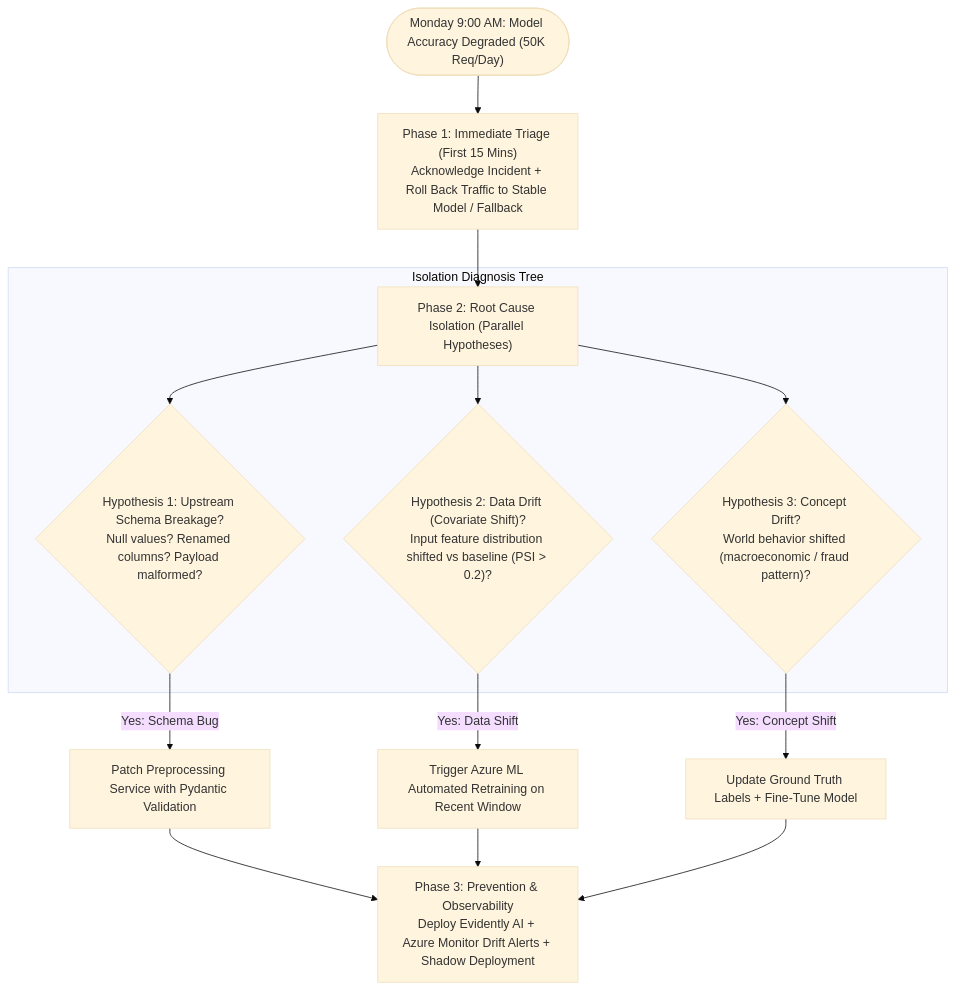
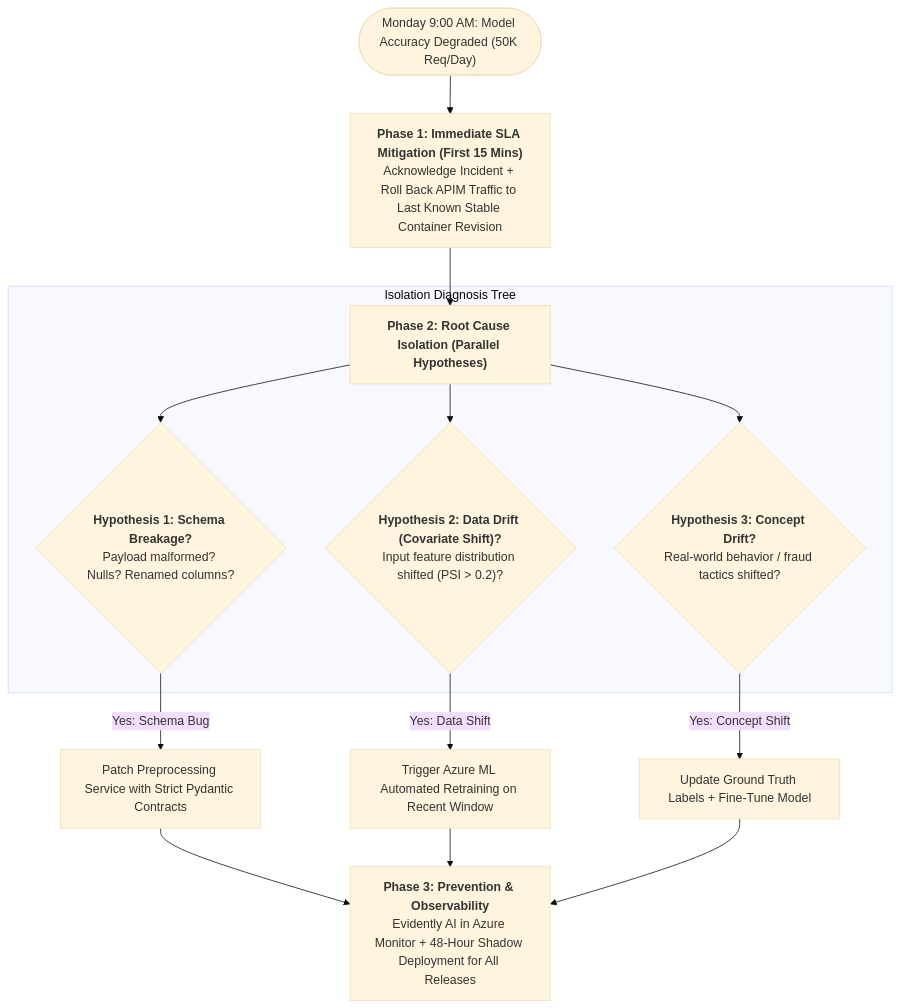
Before and after one commit to rahulkumarjha26/genai-study-materials: the ninth of 10 diagrams in README_V2.md, drawn with Mermaid (base theme). The commit also changed other lines of this file, not shown here.

Commit message:
Reboot README_V2.md with Teacher-First Framework, 1:1 Flowchart Alignment, Jargon Decoders, and Zero Repetition

````diff
--- a/README_V2.md
+++ b/README_V2.md
@@ -798,20 +942,20 @@
 ```mermaid
 flowchart TD
-    Alarm(["Monday 9:00 AM: Model Accuracy Degraded (50K Req/Day)"]) --> Triage["Phase 1: Immediate Triage (First 15 Mins)<br/>Acknowledge Incident + Roll Back Traffic to Stable Model / Fallback"]
+    Alarm(["Monday 9:00 AM: Model Accuracy Degraded (50K Req/Day)"]) --> Triage["<b>Phase 1: Immediate SLA Mitigation (First 15 Mins)</b><br/>Acknowledge Incident + Roll Back APIM Traffic to Last Known Stable Container Revision"]
     
-    Triage --> Isolate["Phase 2: Root Cause Isolation (Parallel Hypotheses)"]
+    Triage --> Isolate["<b>Phase 2: Root Cause Isolation (Parallel Hypotheses)</b>"]
     
     subgraph DIAGNOSIS["Isolation Diagnosis Tree"]
-        Isolate --> CheckSchema{"Hypothesis 1: Upstream Schema Breakage?<br/>Null values? Renamed columns? Payload malformed?"}
-        Isolate --> CheckDataDrift{"Hypothesis 2: Data Drift (Covariate Shift)?<br/>Input feature distribution shifted vs baseline (PSI > 0.2)?"}
-        Isolate --> CheckConceptDrift{"Hypothesis 3: Concept Drift?<br/>World behavior shifted (macroeconomic / fraud pattern)?"}
+        Isolate --> CheckSchema{"<b>Hypothesis 1: Schema Breakage?</b><br/>Payload malformed? Nulls? Renamed columns?"}
+        Isolate --> CheckDataDrift{"<b>Hypothesis 2: Data Drift (Covariate Shift)?</b><br/>Input feature distribution shifted (PSI > 0.2)?"}
+        Isolate --> CheckConceptDrift{"<b>Hypothesis 3: Concept Drift?</b><br/>Real-world behavior / fraud tactics shifted?"}
     end
 
-    CheckSchema -- "Yes: Schema Bug" --> PatchSchema["Patch Preprocessing Service with Pydantic Validation"]
+    CheckSchema -- "Yes: Schema Bug" --> PatchSchema["Patch Preprocessing Service with Strict Pydantic Contracts"]
     CheckDataDrift -- "Yes: Data Shift" --> Retrain["Trigger Azure ML Automated Retraining on Recent Window"]
     CheckConceptDrift -- "Yes: Concept Shift" --> Relabel["Update Ground Truth Labels + Fine-Tune Model"]
 
-    PatchSchema --> Prevention["Phase 3: Prevention & Observability<br/>Deploy Evidently AI + Azure Monitor Drift Alerts + Shadow Deployment"]
+    PatchSchema --> Prevention["<b>Phase 3: Prevention & Observability</b><br/>Evidently AI in Azure Monitor + 48-Hour Shadow Deployment for All Releases"]
     Retrain --> Prevention
     Relabel --> Prevention
 ```
````
